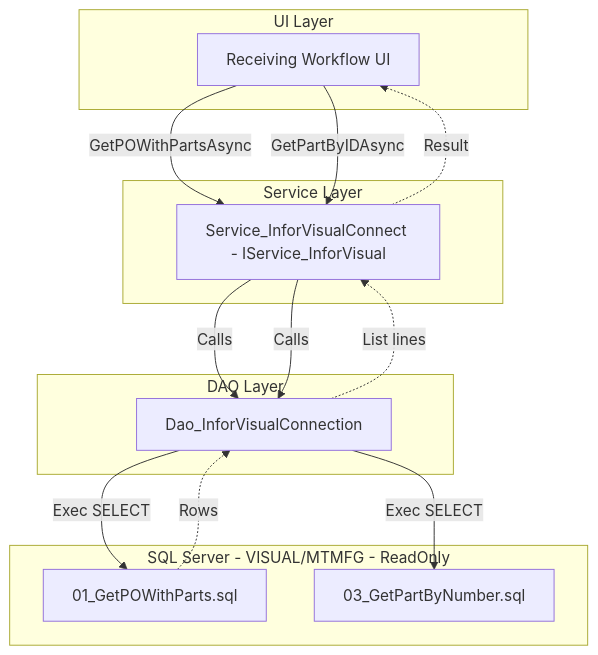
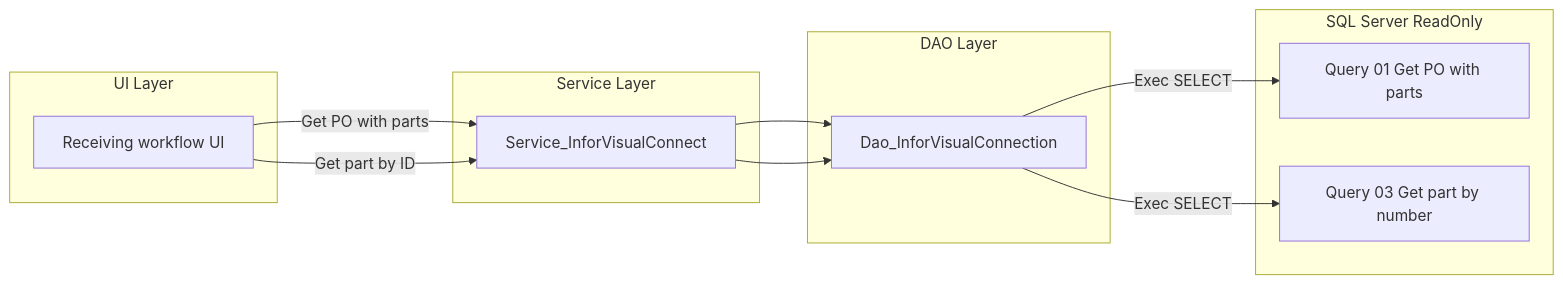
The second of 3 diagrams in _bmad/_memory/docent-sidecar/knowledge/Module_Core.md (JDKoll1982/MTM_Receiving_Application), drawn with Mermaid before and after one commit. The commit also changed other lines of this file and 48 other files, not shown here.

````diff
--- a/_bmad/_memory/docent-sidecar/knowledge/Module_Core.md
+++ b/_bmad/_memory/docent-sidecar/knowledge/Module_Core.md
@@ -178,30 +171,22 @@
 ```mermaid
-flowchart TD
+flowchart LR
   subgraph UI[UI Layer]
-    ReceivingUI[Receiving Workflow UI]
+    ReceivingUI[Receiving workflow UI]
   end
 
   subgraph SVC[Service Layer]
-    InforSVC[Service_InforVisualConnect - IService_InforVisual]
+    InforSVC[Service_InforVisualConnect]
   end
 
   subgraph DAO[DAO Layer]
     InforDAO[Dao_InforVisualConnection]
   end
 
-  subgraph DB[SQL Server - VISUAL/MTMFG - ReadOnly]
-    Q1[01_GetPOWithParts.sql]
-    Q2[03_GetPartByNumber.sql]
+  subgraph DB[SQL Server ReadOnly]
+    Q1[Query 01 Get PO with parts]
+    Q2[Query 03 Get part by number]
   end
 
-  ReceivingUI -->|GetPOWithPartsAsync| InforSVC
-  InforSVC -->|Calls| InforDAO
-  InforDAO -->|Exec SELECT| Q1
-  Q1 -.->|Rows| InforDAO
-  InforDAO -.->|List lines| InforSVC
-  InforSVC -.->|Result| ReceivingUI
-
-  ReceivingUI -->|GetPartByIDAsync| InforSVC
-  InforSVC -->|Calls| InforDAO
-  InforDAO -->|Exec SELECT| Q2
+  ReceivingUI -->|Get PO with parts| InforSVC --> InforDAO -->|Exec SELECT| Q1
+  ReceivingUI -->|Get part by ID| InforSVC --> InforDAO -->|Exec SELECT| Q2
 ```
````
